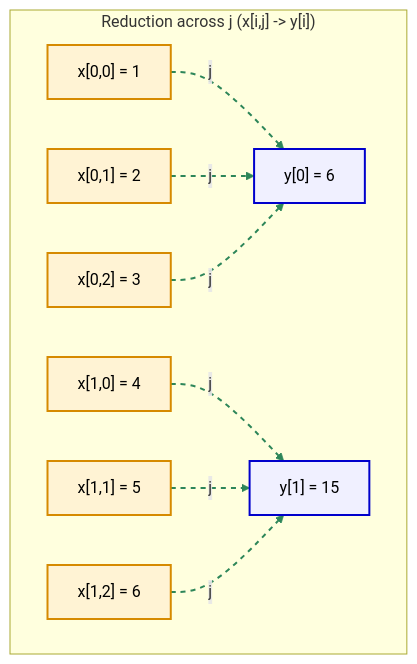
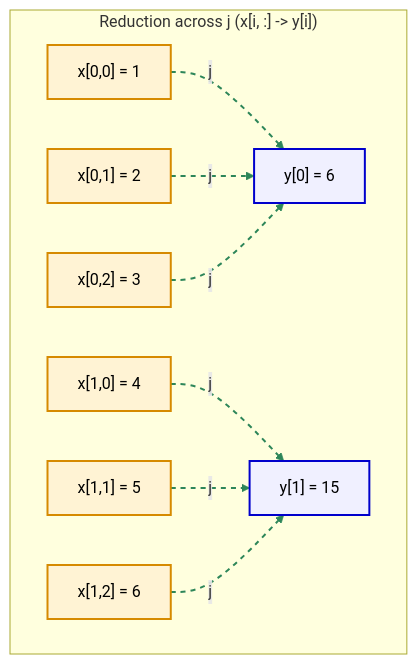
Before and after one commit to pipefunc/pipefunc: the third of 5 diagrams in docs/source/mapspec.md, drawn with Mermaid. The commit also changed other lines of this file, not shown here.

````diff
--- a/docs/source/mapspec.md
+++ b/docs/source/mapspec.md
@@ -161,28 +161,28 @@
 ```{mermaid}
 graph LR
-    subgraph "Reduction across j (x[i,j] -> y[i])"
+    subgraph "Reduction across j (x[i, :] -> y[i])"
         direction LR
         %% Style definitions
         classDef xNodes fill:#fff3d4,stroke:#d68a00,stroke-width:2px,color:#000
         classDef yNodes fill:#f0f0ff,stroke:#0000cc,stroke-width:2px,color:#000
 
         A["x[0,0] = 1"]:::xNodes
         B["x[0,1] = 2"]:::xNodes
         C["x[0,2] = 3"]:::xNodes
         D["x[1,0] = 4"]:::xNodes
         E["x[1,1] = 5"]:::xNodes
         F["x[1,2] = 6"]:::xNodes
         G["y[0] = 6"]:::yNodes
         H["y[1] = 15"]:::yNodes
 
         A --"j"--> G
         B --"j"--> G
         C --"j"--> G
         D --"j"--> H
         E --"j"--> H
         F --"j"--> H
 
         %% Style for j connections
         linkStyle 0,1,2,3,4,5 stroke:#2d8659,stroke-width:2px,stroke-dasharray: 5 5
     end
 ```
````
